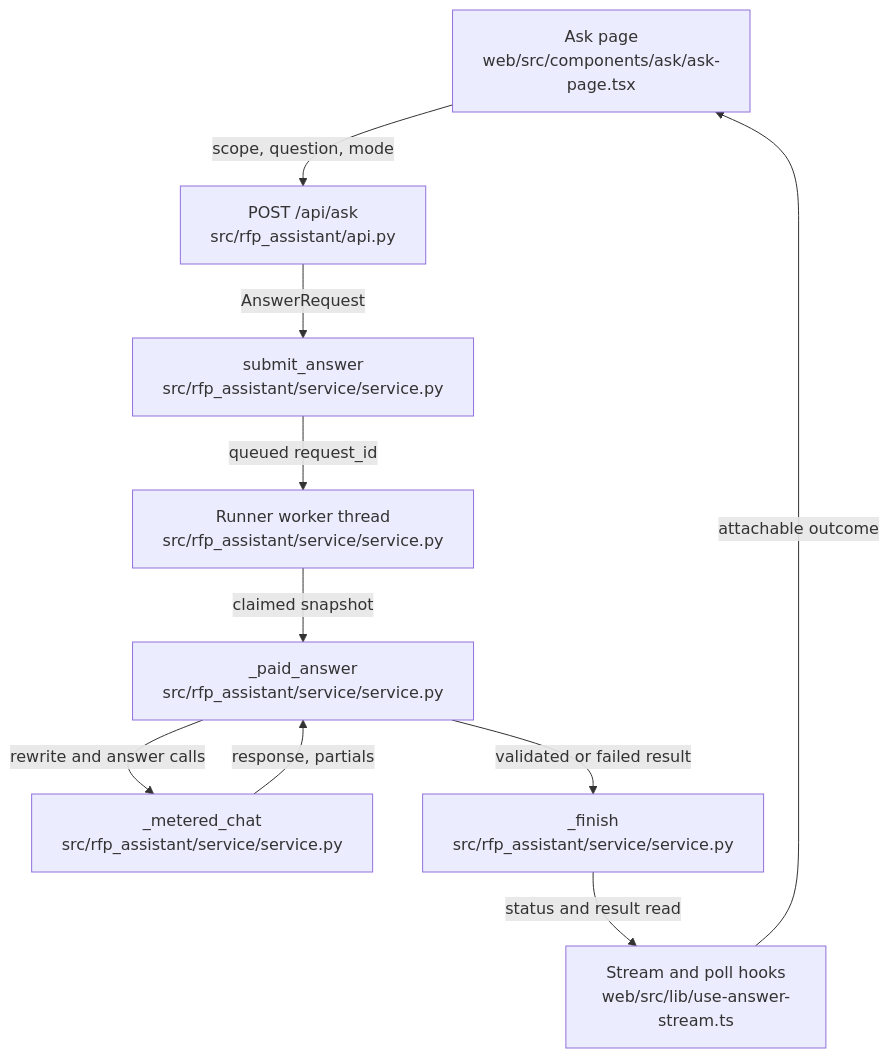
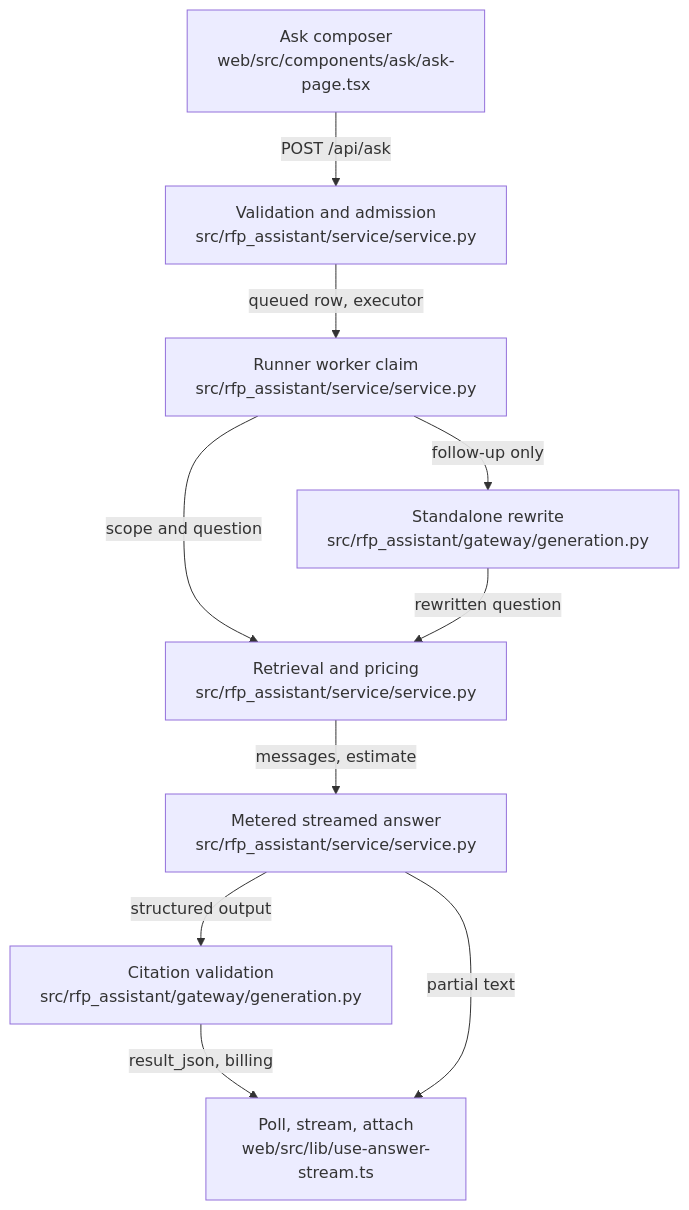
One commit to littleeeeebit/project-codeit-mid changed the diagram in .omm/request-lifecycle/diagram.mmd. Above: the diagram before and after it, drawn with Mermaid. The commit also changed 404 other files, not shown here.

```diff
--- a/.omm/request-lifecycle/diagram.mmd
+++ b/.omm/request-lifecycle/diagram.mmd
@@ -1,18 +1,10 @@
 graph TD
-  ask-page["Ask page\nweb/src/components/ask/ask-page.tsx"]
-  ask-route["POST /api/ask\nsrc/rfp_assistant/api.py"]
-  submit["submit_answer\nsrc/rfp_assistant/service/service.py"]
-  worker["Runner worker thread\nsrc/rfp_assistant/service/service.py"]
-  paid-answer["_paid_answer\nsrc/rfp_assistant/service/service.py"]
-  metered-chat["_metered_chat\nsrc/rfp_assistant/service/service.py"]
-  finish["_finish\nsrc/rfp_assistant/service/service.py"]
-  answer-stream["Stream and poll hooks\nweb/src/lib/use-answer-stream.ts"]
-  ask-page -->|scope, question, mode| ask-route
-  ask-route -->|AnswerRequest| submit
-  submit -->|queued request_id| worker
-  worker -->|claimed snapshot| paid-answer
-  paid-answer -->|rewrite and answer calls| metered-chat
-  metered-chat -->|response, partials| paid-answer
-  paid-answer -->|validated or failed result| finish
-  finish -->|status and result read| answer-stream
-  answer-stream -->|attachable outcome| ask-page
+  ask-composer["Ask composer\nweb/src/components/ask/ask-page.tsx"] -->|"POST /api/ask"| submit-admission["Validation and admission\nsrc/rfp_assistant/service/service.py"]
+  submit-admission -->|"queued row, executor"| runner-worker["Runner worker claim\nsrc/rfp_assistant/service/service.py"]
+  runner-worker -->|"follow-up only"| query-rewrite["Standalone rewrite\nsrc/rfp_assistant/gateway/generation.py"]
+  runner-worker -->|"scope and question"| evidence-retrieval["Retrieval and pricing\nsrc/rfp_assistant/service/service.py"]
+  query-rewrite -->|"rewritten question"| evidence-retrieval
+  evidence-retrieval -->|"messages, estimate"| answer-generation["Metered streamed answer\nsrc/rfp_assistant/service/service.py"]
+  answer-generation -->|"structured output"| answer-validation["Citation validation\nsrc/rfp_assistant/gateway/generation.py"]
+  answer-validation -->|"result_json, billing"| outcome-delivery["Poll, stream, attach\nweb/src/lib/use-answer-stream.ts"]
+  answer-generation -->|"partial text"| outcome-delivery
```
